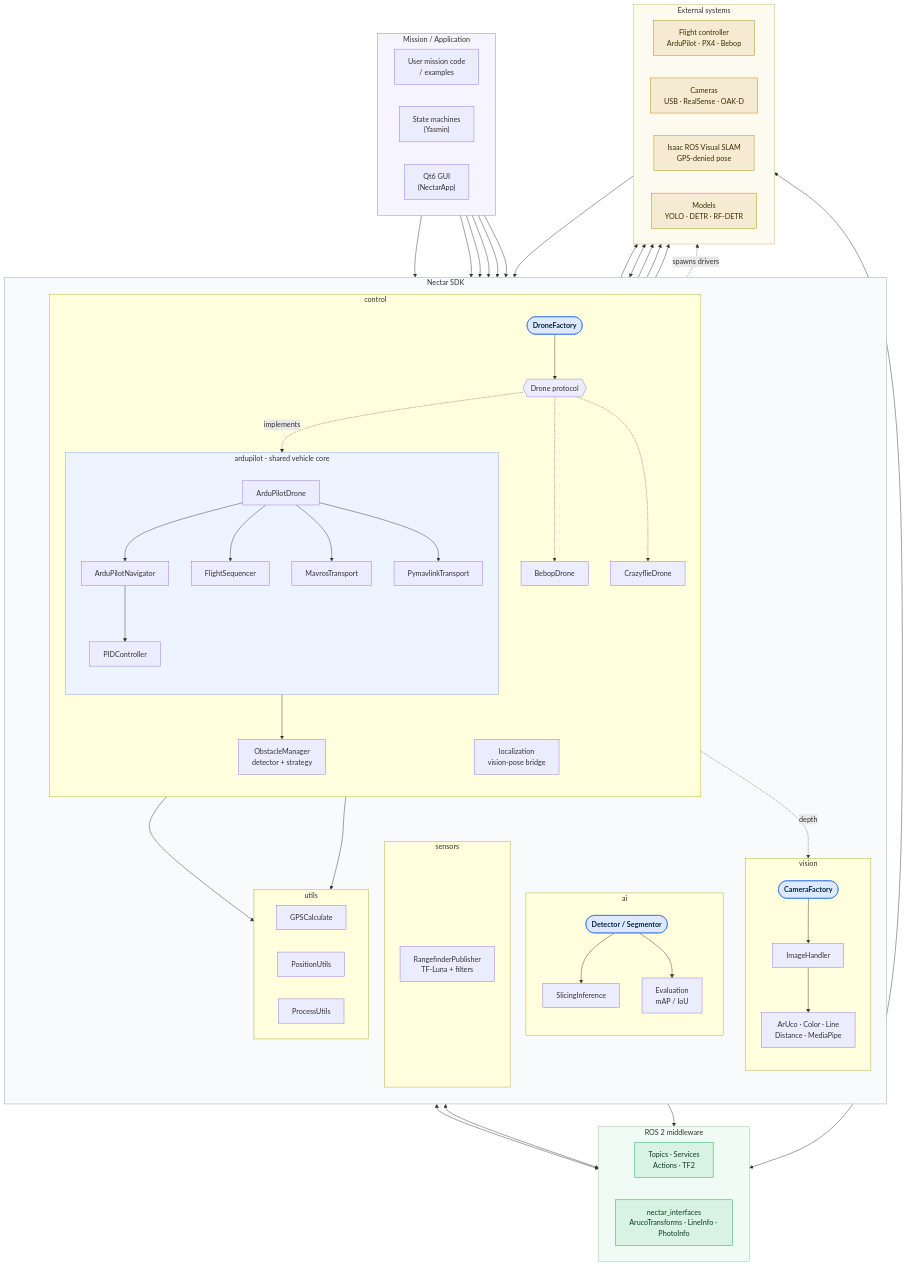
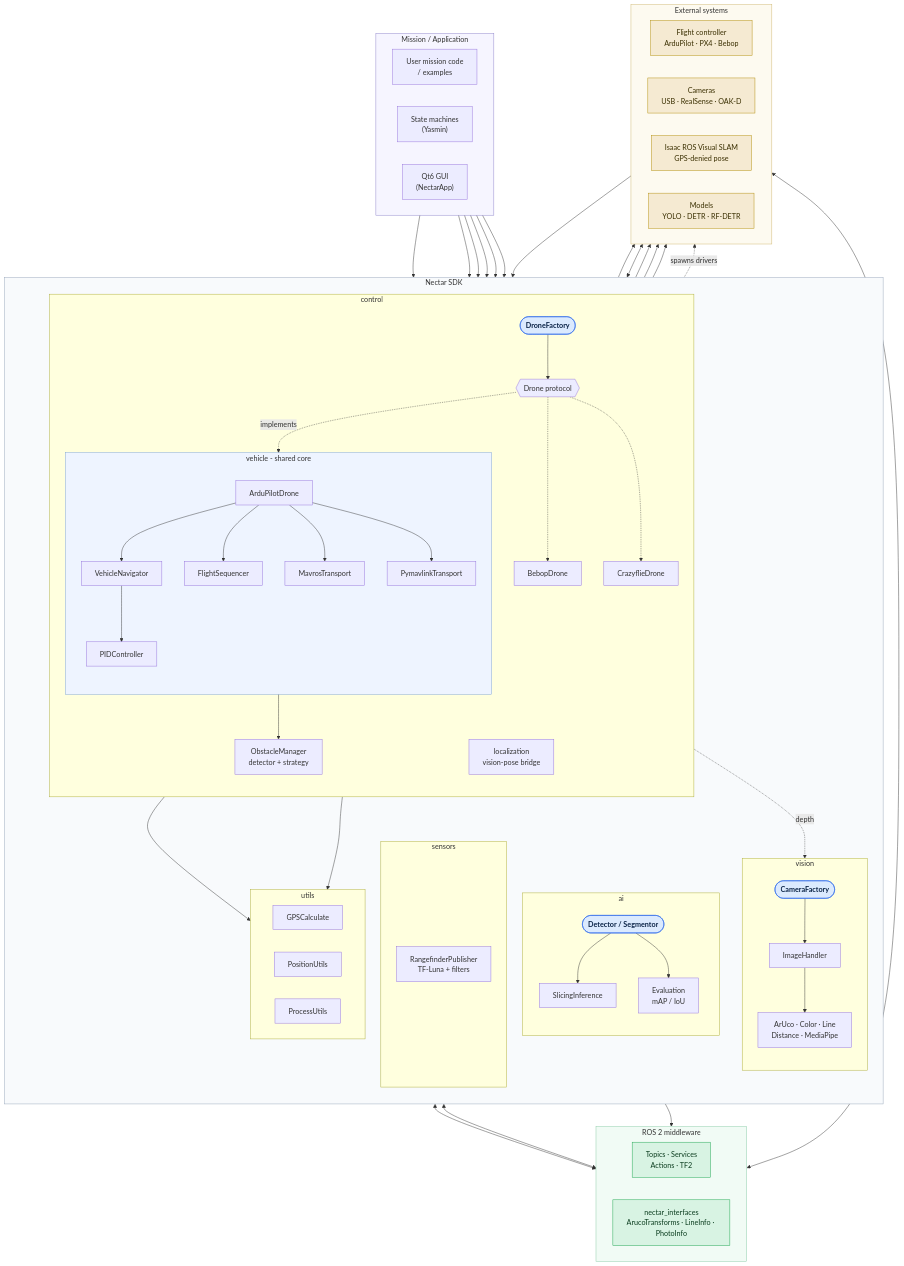
One commit to Black-Bee-Drones/nectar-sdk changed the diagram in README.md. Above: the diagram before and after it, drawn with Mermaid. The commit also changed other lines of this file and 10 other files, not shown here.

Commit message:
docs: update vehicle core references and unify terminology across READMEs

```diff
--- a/README.md
+++ b/README.md
@@ -248,10 +248,10 @@
             direction TB
             DroneFactory(["DroneFactory"])
             DroneProto{{"Drone protocol"}}
-            subgraph CORE["ardupilot - shared vehicle core"]
+            subgraph CORE["vehicle - shared core"]
                 direction TB
                 ArduPilotDrone["ArduPilotDrone"]
-                Navigator["ArduPilotNavigator"]
+                Navigator["VehicleNavigator"]
                 Sequencer["FlightSequencer"]
                 PID["PIDController"]
                 MavrosT["MavrosTransport"]
```
